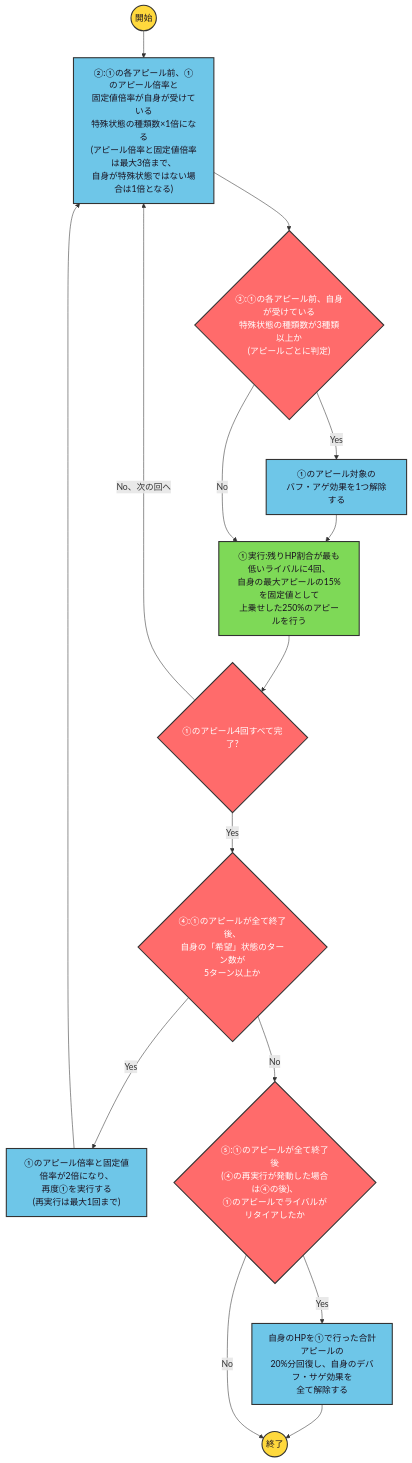
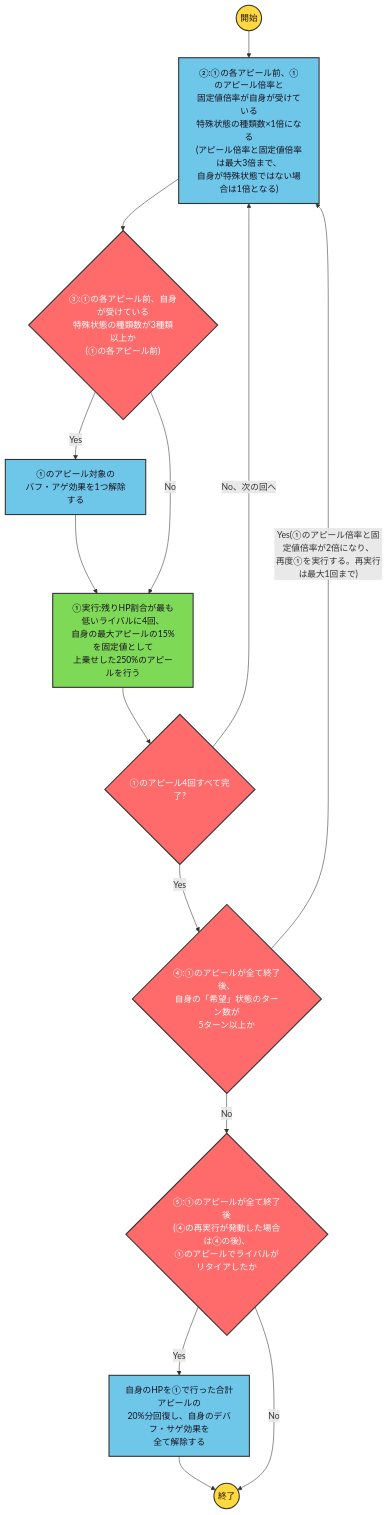
The diagram in data/tamura_mayu/hudotokunanatsu_skill2.mmd (ryomochi0918/nogifra-characters), drawn with Mermaid before and after one commit. The commit also changed 20 other files, not shown here.

```diff
--- a/data/tamura_mayu/hudotokunanatsu_skill2.mmd
+++ b/data/tamura_mayu/hudotokunanatsu_skill2.mmd
@@ -1,17 +1,17 @@
 flowchart TD
     classDef startend fill:#FFD93D,stroke:#333,stroke-width:2px,color:#1a1220;
     classDef cond fill:#FF6B6B,stroke:#333,stroke-width:2px,color:#ffffff;
     classDef effect fill:#6EC6E8,stroke:#333,stroke-width:2px,color:#1a1220;
     classDef action fill:#7ED957,stroke:#333,stroke-width:2px,color:#1a1220;
 
     start(("開始")):::startend --> e2["②:①の各アピール前、①のアピール倍率と<br/>固定値倍率が自身が受けている<br/>特殊状態の種類数×1倍になる<br/>(アピール倍率と固定値倍率は最大3倍まで、<br/>自身が特殊状態ではない場合は1倍となる)"]:::effect --> c3
-    c3{"③:①の各アピール前、自身が受けている<br/>特殊状態の種類数が3種類以上か<br/>(アピールごとに判定)"}:::cond
+    c3{"③:①の各アピール前、自身が受けている<br/>特殊状態の種類数が3種類以上か<br/>(①の各アピール前)"}:::cond
     c3 -->|"Yes"| e3["①のアピール対象の<br/>バフ・アゲ効果を1つ解除する"]:::effect --> a1
     c3 -->|"No"| a1["①実行:残りHP割合が最も低いライバルに4回、<br/>自身の最大アピールの15%を固定値として<br/>上乗せした250%のアピールを行う"]:::action --> loop1
     loop1{"①のアピール4回すべて完了?"}:::cond
     loop1 -->|"No、次の回へ"| e2
     loop1 -->|"Yes"| c4{"④:①のアピールが全て終了後、<br/>自身の「希望」状態のターン数が<br/>5ターン以上か"}:::cond
-    c4 -->|"Yes"| e4["①のアピール倍率と固定値倍率が2倍になり、<br/>再度①を実行する<br/>(再実行は最大1回まで)"]:::effect --> e2
+    c4 -->|"Yes(①のアピール倍率と固定値倍率が2倍になり、<br/>再度①を実行する。再実行は最大1回まで)"| e2
     c4 -->|"No"| c5{"⑤:①のアピールが全て終了後<br/>(④の再実行が発動した場合は④の後)、<br/>①のアピールでライバルがリタイアしたか"}:::cond
     c5 -->|"Yes"| e5["自身のHPを①で行った合計アピールの<br/>20%分回復し、自身のデバフ・サゲ効果を<br/>全て解除する"]:::effect --> finish(("終了")):::startend
     c5 -->|"No"| finish
```
